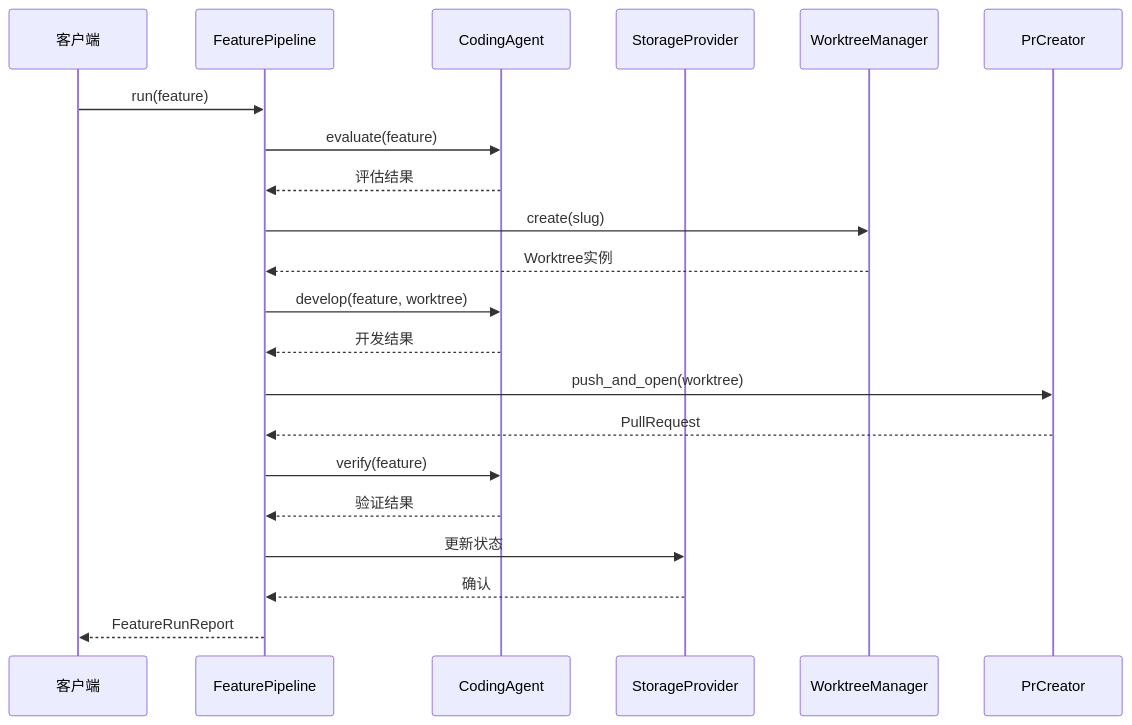
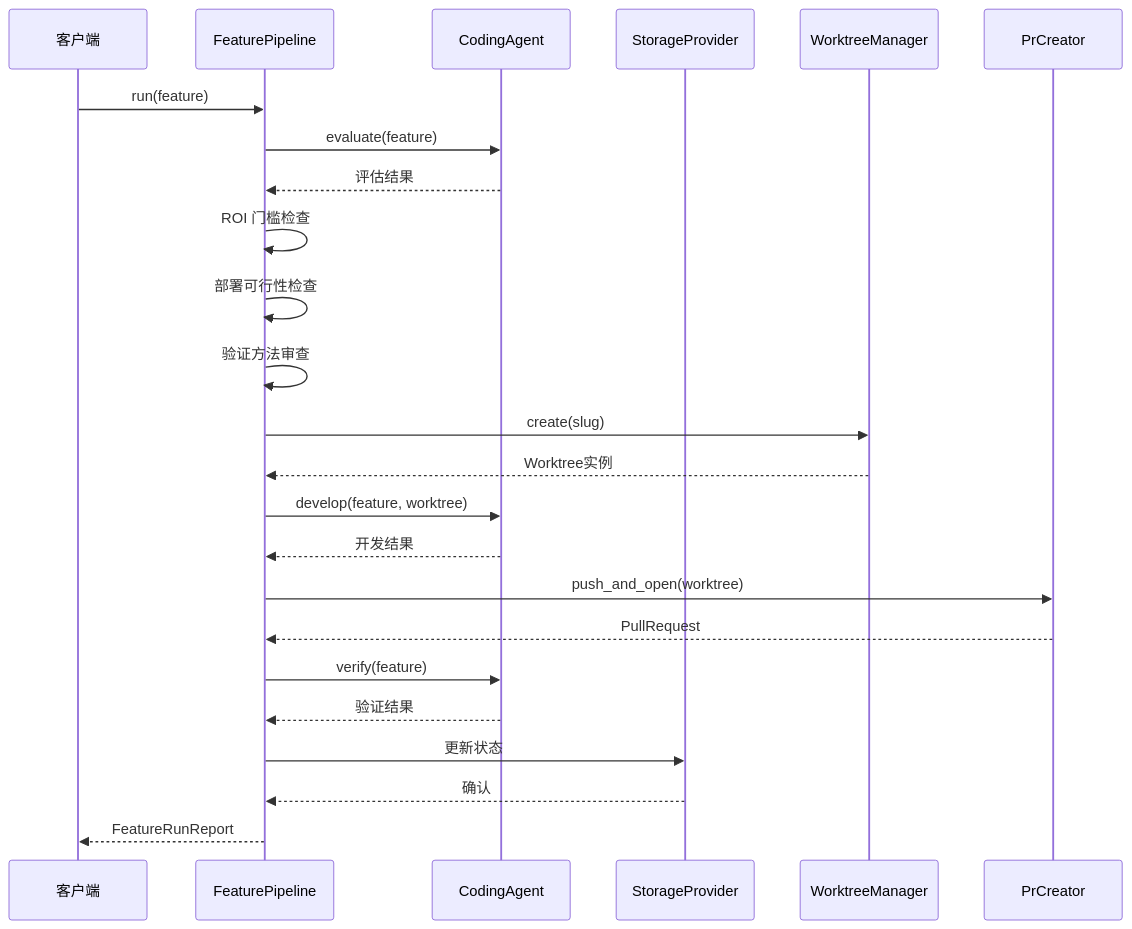
One commit to pinsonchen/vivify changed the second of 15 diagrams in .qoder/repowiki/zh/content/技术实现参考/评估文档套件.md. Above: the diagram before and after it, drawn with Mermaid. The commit also changed other lines of this file and 16 other files, not shown here.

````diff
--- a/.qoder/repowiki/zh/content/技术实现参考/评估文档套件.md
+++ b/.qoder/repowiki/zh/content/技术实现参考/评估文档套件.md
@@ -88,23 +113,26 @@
 ```mermaid
 sequenceDiagram
 participant Client as 客户端
 participant Pipeline as FeaturePipeline
 participant Agent as CodingAgent
 participant Storage as StorageProvider
 participant Worktree as WorktreeManager
 participant PR as PrCreator
 Client->>Pipeline : run(feature)
 Pipeline->>Agent : evaluate(feature)
 Agent-->>Pipeline : 评估结果
+Pipeline->>Pipeline : ROI 门槛检查
+Pipeline->>Pipeline : 部署可行性检查
+Pipeline->>Pipeline : 验证方法审查
 Pipeline->>Worktree : create(slug)
 Worktree-->>Pipeline : Worktree实例
 Pipeline->>Agent : develop(feature, worktree)
 Agent-->>Pipeline : 开发结果
 Pipeline->>PR : push_and_open(worktree)
 PR-->>Pipeline : PullRequest
 Pipeline->>Agent : verify(feature)
 Agent-->>Pipeline : 验证结果
 Pipeline->>Storage : 更新状态
 Storage-->>Pipeline : 确认
 Pipeline-->>Client : FeatureRunReport
 ```
````
